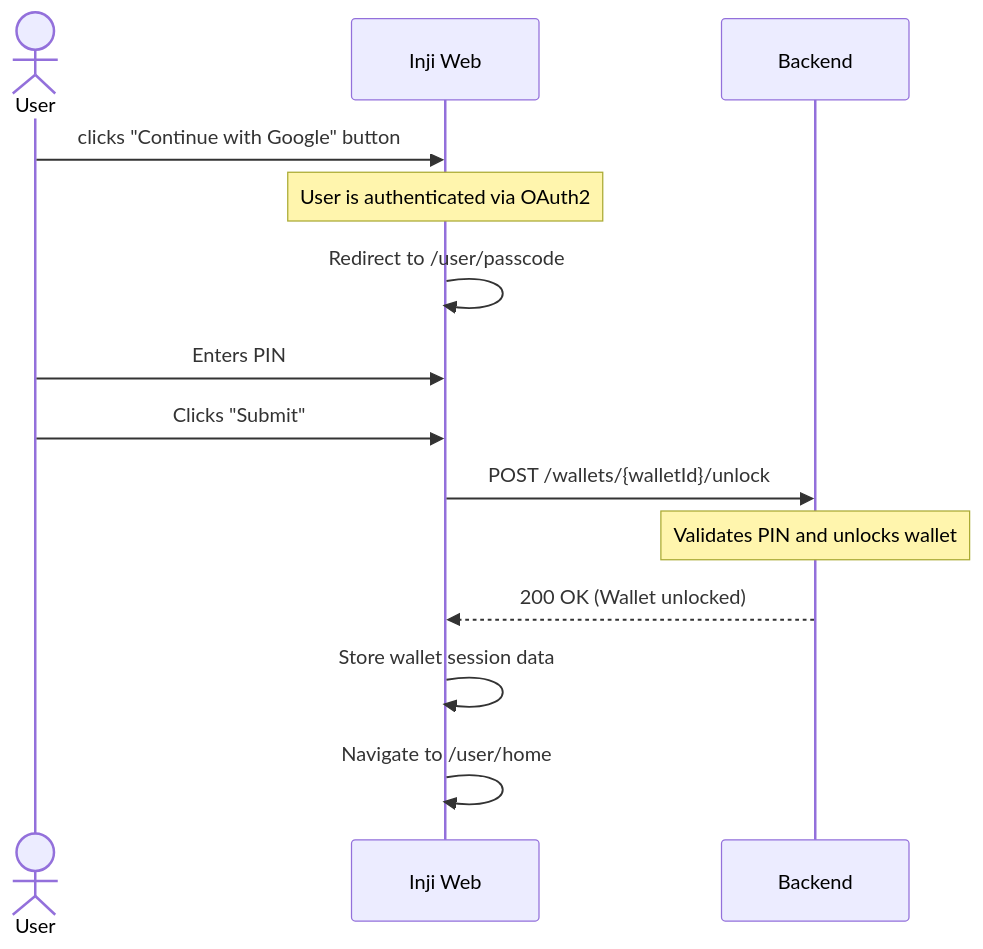
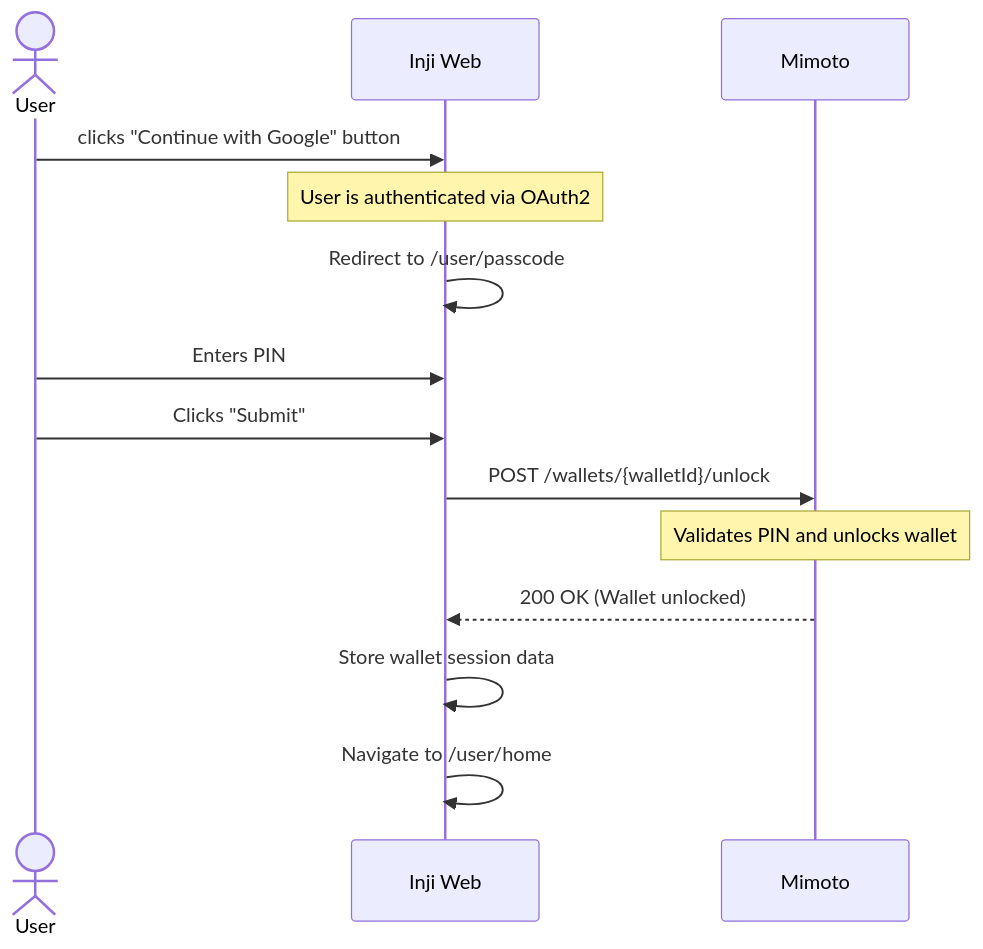
One commit to inji/inji-web changed the diagram in docs/WalletUnlockFlow.md. Above: the diagram before and after it, drawn with Mermaid.

Commit message:
docs(injiweb) simplified wallet unlock flow diagram

````diff
--- a/docs/WalletUnlockFlow.md
+++ b/docs/WalletUnlockFlow.md
@@ -46,24 +46,24 @@
 ```mermaid
 sequenceDiagram
     actor User
     participant UI as Inji Web
-    participant Mimoto as Backend
+    participant Mimoto as Mimoto
 
     User->>UI: clicks "Continue with Google" button
 
     Note over UI: User is authenticated via OAuth2
 
     UI->>UI: Redirect to /user/passcode
 
     User->>UI: Enters PIN
     User->>UI: Clicks "Submit"
 
     UI->>Mimoto: POST /wallets/{walletId}/unlock
 
     Note over Mimoto: Validates PIN and unlocks wallet
 
     Mimoto-->>UI: 200 OK (Wallet unlocked)
 
     UI->>UI: Store wallet session data
     UI->>UI: Navigate to /user/home
 ```
````
